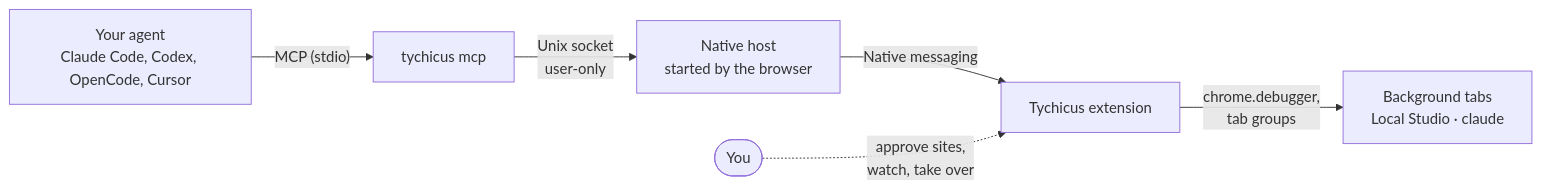
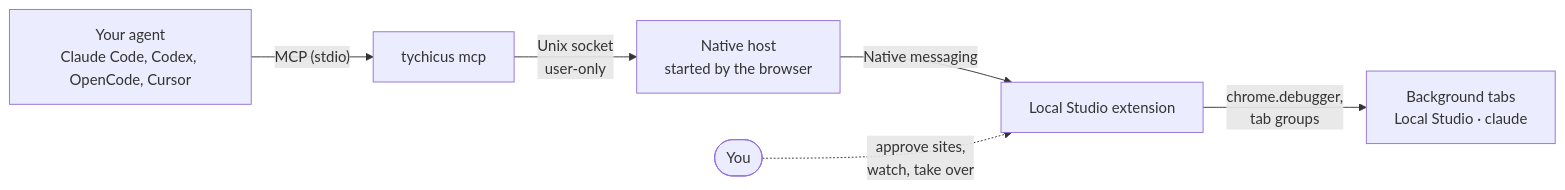
The diagram in browser/GUIDE.md (Students-of-Local/baney-local-studio), drawn with Mermaid before and after one commit. The commit also changed other lines of this file and 10 other files, not shown here.

First line of the commit message:
GUIDE, SECURITY and the user docs say Local Studio (tychicus#145)

````diff
--- a/browser/GUIDE.md
+++ b/browser/GUIDE.md
@@ -538,8 +536,8 @@
 ```mermaid
 flowchart LR
   A["Your agent<br/>Claude Code, Codex, OpenCode, Cursor"] -- "MCP (stdio)" --> B["tychicus mcp"]
   B -- "Unix socket<br/>user-only" --> C["Native host<br/>started by the browser"]
-  C -- "Native messaging" --> D["Tychicus extension"]
+  C -- "Native messaging" --> D["Local Studio extension"]
   D -- "chrome.debugger,<br/>tab groups" --> E["Background tabs<br/>Local Studio · claude"]
   U(["You"]) -. "approve sites,<br/>watch, take over" .-> D
 ```
````
